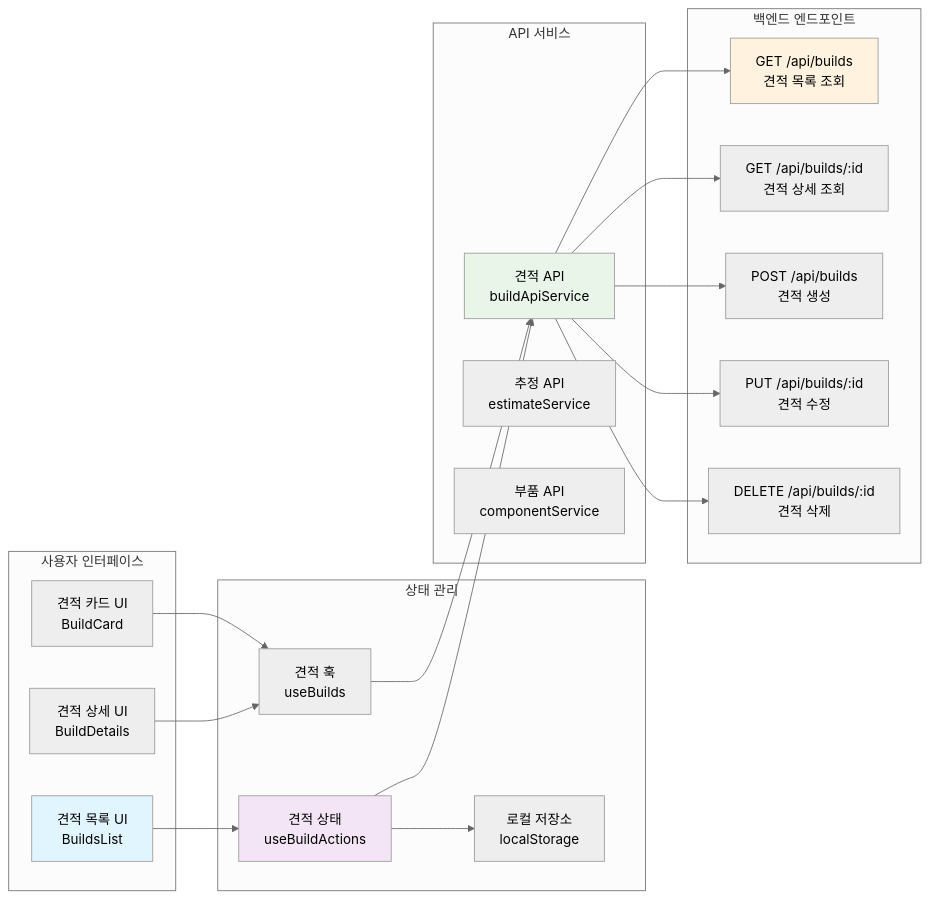
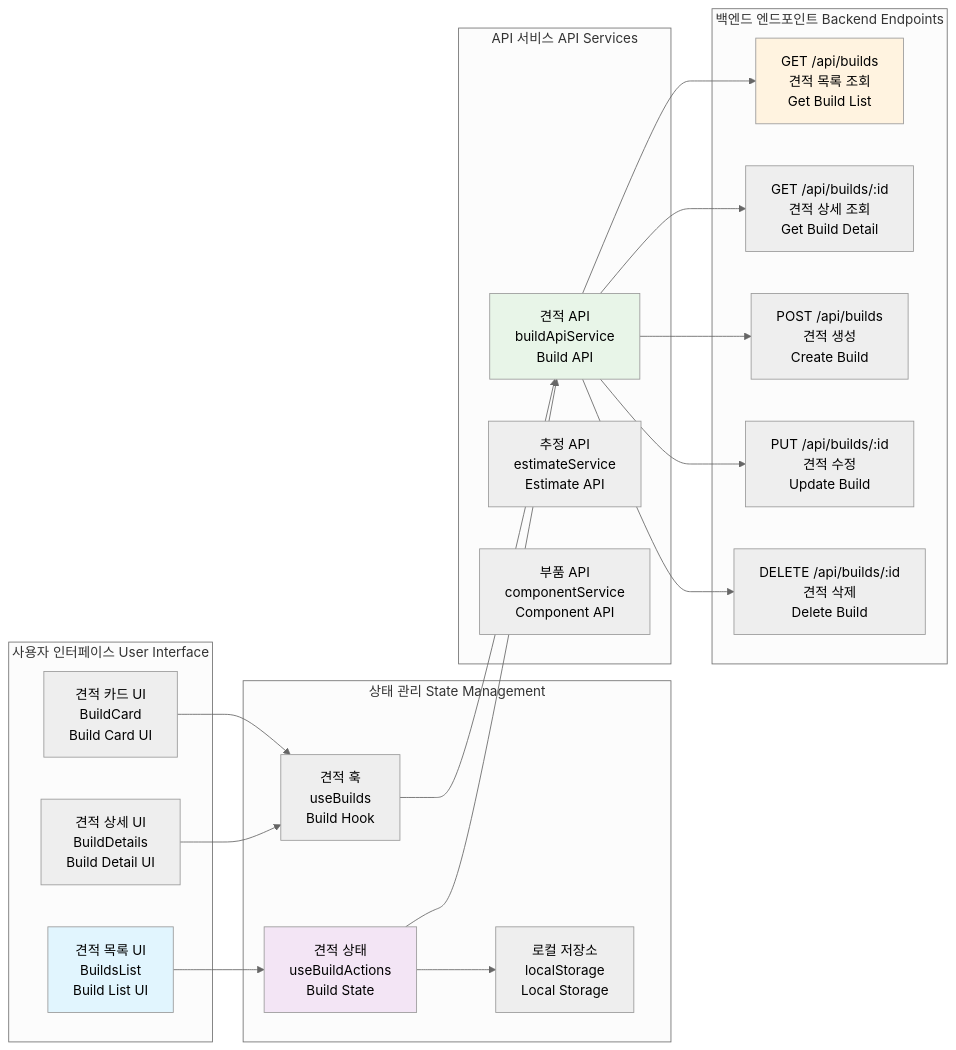
The third of 19 diagrams in docs/design-specification.md (p0pular131/askspec-chat-assistant), drawn with Mermaid (neutral theme) before and after one commit. The commit also changed other lines of this file and 1 other file, not shown here.

First line of the commit message:
Refactor: Adjust diagram layout for readability

````diff
--- a/docs/design-specification.md
+++ b/docs/design-specification.md
@@ -155,47 +155,47 @@
 ```mermaid
 graph LR
-    subgraph "사용자 인터페이스"
-        BuildListUI[견적 목록 UI<br/>BuildsList]
-        BuildDetailUI[견적 상세 UI<br/>BuildDetails]
-        BuildCardUI[견적 카드 UI<br/>BuildCard]
+    subgraph "사용자 인터페이스 User Interface"
+        BuildListUI["견적 목록 UI<br/>BuildsList<br/>Build List UI"]
+        BuildDetailUI["견적 상세 UI<br/>BuildDetails<br/>Build Detail UI"]
+        BuildCardUI["견적 카드 UI<br/>BuildCard<br/>Build Card UI"]
     end
     
-    subgraph "상태 관리"
-        BuildState[견적 상태<br/>useBuildActions]
-        BuildHook[견적 훅<br/>useBuilds]
-        LocalStorage[로컬 저장소<br/>localStorage]
+    subgraph "상태 관리 State Management"
+        BuildState["견적 상태<br/>useBuildActions<br/>Build State"]
+        BuildHook["견적 훅<br/>useBuilds<br/>Build Hook"]
+        LocalStorage["로컬 저장소<br/>localStorage<br/>Local Storage"]
     end
     
-    subgraph "API 서비스"
-        BuildAPI[견적 API<br/>buildApiService]
-        EstimateAPI[추정 API<br/>estimateService]
-        ComponentAPI[부품 API<br/>componentService]
+    subgraph "API 서비스 API Services"
+        BuildAPI["견적 API<br/>buildApiService<br/>Build API"]
+        EstimateAPI["추정 API<br/>estimateService<br/>Estimate API"]
+        ComponentAPI["부품 API<br/>componentService<br/>Component API"]
     end
     
-    subgraph "백엔드 엔드포인트"
-        GetBuilds[GET /api/builds<br/>견적 목록 조회]
-        GetBuild[GET /api/builds/:id<br/>견적 상세 조회]
-        CreateBuild[POST /api/builds<br/>견적 생성]
-        UpdateBuild[PUT /api/builds/:id<br/>견적 수정]
-        DeleteBuild[DELETE /api/builds/:id<br/>견적 삭제]
+    subgraph "백엔드 엔드포인트 Backend Endpoints"
+        GetBuilds["GET /api/builds<br/>견적 목록 조회<br/>Get Build List"]
+        GetBuild["GET /api/builds/:id<br/>견적 상세 조회<br/>Get Build Detail"]
+        CreateBuild["POST /api/builds<br/>견적 생성<br/>Create Build"]
+        UpdateBuild["PUT /api/builds/:id<br/>견적 수정<br/>Update Build"]
+        DeleteBuild["DELETE /api/builds/:id<br/>견적 삭제<br/>Delete Build"]
     end
     
     BuildListUI --> BuildState
     BuildDetailUI --> BuildHook
     BuildCardUI --> BuildHook
     
     BuildState --> BuildAPI
     BuildHook --> BuildAPI
     BuildState --> LocalStorage
     
     BuildAPI --> GetBuilds
     BuildAPI --> GetBuild
     BuildAPI --> CreateBuild
     BuildAPI --> UpdateBuild
     BuildAPI --> DeleteBuild
     
     style BuildListUI fill:#e1f5fe
     style BuildState fill:#f3e5f5
     style BuildAPI fill:#e8f5e8
     style GetBuilds fill:#fff3e0
 ```
````
